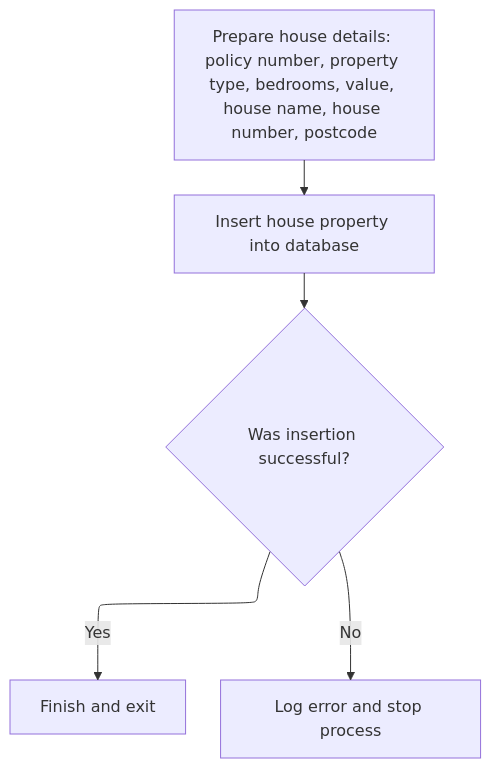
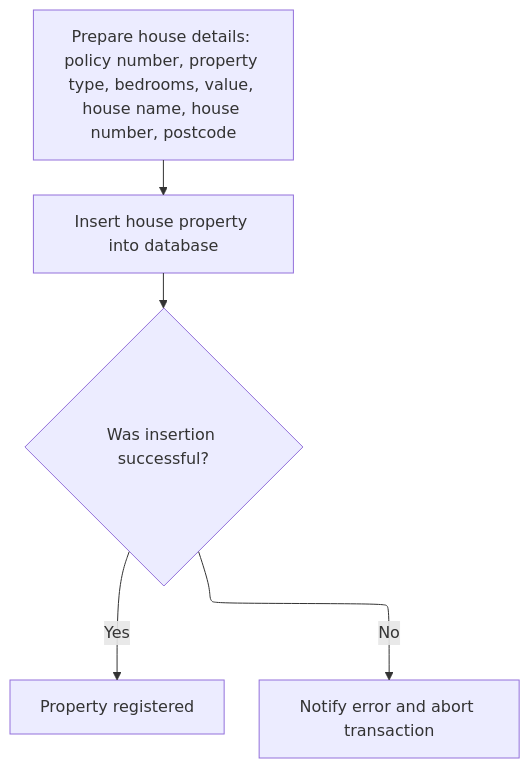
The eighth of 15 diagrams in .swm/inserting-insurance-policy-data-lgapdb09.xwl743qs.sw.md (Giri-Swimm/Swimmio-genapp-motor), drawn with Mermaid before and after one commit. The commit also changed other lines of this file and 17 other files, not shown here.

````diff
--- a/.swm/inserting-insurance-policy-data-lgapdb09.xwl743qs.sw.md
+++ b/.swm/inserting-insurance-policy-data-lgapdb09.xwl743qs.sw.md
@@ -1322,32 +1372,32 @@
 ```mermaid
 %%{init: {"flowchart": {"defaultRenderer": "elk"}} }%%
 flowchart TD
     node1["Prepare house details: policy number, property type, bedrooms, value, house name, house number, postcode"]
     click node1 openCode "base/src/lgapdb09.cbl:417:418"
     node1 --> node2["Insert house property into database"]
     click node2 openCode "base/src/lgapdb09.cbl:421:437"
     node2 --> node3{"Was insertion successful?"}
-    click node3 openCode "base/src/lgapdb09.cbl:439:439"
-    node3 -->|"Yes"| node4["Finish and exit"]
+    click node3 openCode "base/src/lgapdb09.cbl:439:444"
+    node3 -->|"Yes"| node4["Property registered"]
     click node4 openCode "base/src/lgapdb09.cbl:446:446"
-    node3 -->|"No"| node5["Log error and stop process"]
+    node3 -->|"No"| node5["Notify error and abort transaction"]
     click node5 openCode "base/src/lgapdb09.cbl:440:444"
 
 classDef HeadingStyle fill:#777777,stroke:#333,stroke-width:2px;
 
 %% Swimm:
 %% %%{init: {"flowchart": {"defaultRenderer": "elk"}} }%%
 %% flowchart TD
 %%     node1["Prepare house details: policy number, property type, bedrooms, value, house name, house number, postcode"]
 %%     click node1 openCode "<SwmPath>[base/src/lgapdb09.cbl](base/src/lgapdb09.cbl)</SwmPath>:417:418"
 %%     node1 --> node2["Insert house property into database"]
 %%     click node2 openCode "<SwmPath>[base/src/lgapdb09.cbl](base/src/lgapdb09.cbl)</SwmPath>:421:437"
 %%     node2 --> node3{"Was insertion successful?"}
-%%     click node3 openCode "<SwmPath>[base/src/lgapdb09.cbl](base/src/lgapdb09.cbl)</SwmPath>:439:439"
-%%     node3 -->|"Yes"| node4["Finish and exit"]
+%%     click node3 openCode "<SwmPath>[base/src/lgapdb09.cbl](base/src/lgapdb09.cbl)</SwmPath>:439:444"
+%%     node3 -->|"Yes"| node4["Property registered"]
 %%     click node4 openCode "<SwmPath>[base/src/lgapdb09.cbl](base/src/lgapdb09.cbl)</SwmPath>:446:446"
-%%     node3 -->|"No"| node5["Log error and stop process"]
+%%     node3 -->|"No"| node5["Notify error and abort transaction"]
 %%     click node5 openCode "<SwmPath>[base/src/lgapdb09.cbl](base/src/lgapdb09.cbl)</SwmPath>:440:444"
 %% 
 %% classDef HeadingStyle fill:#777777,stroke:#333,stroke-width:2px;
 ```
````
